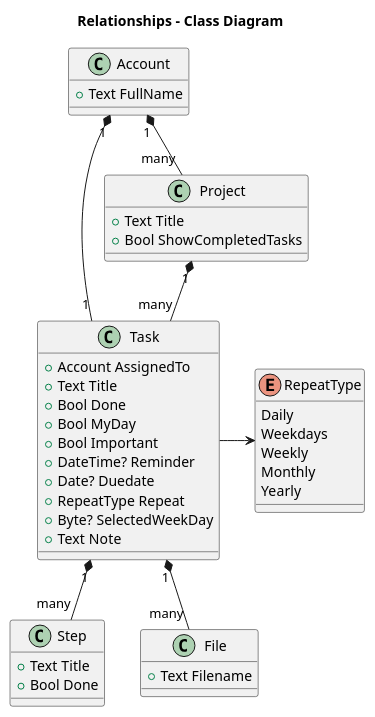
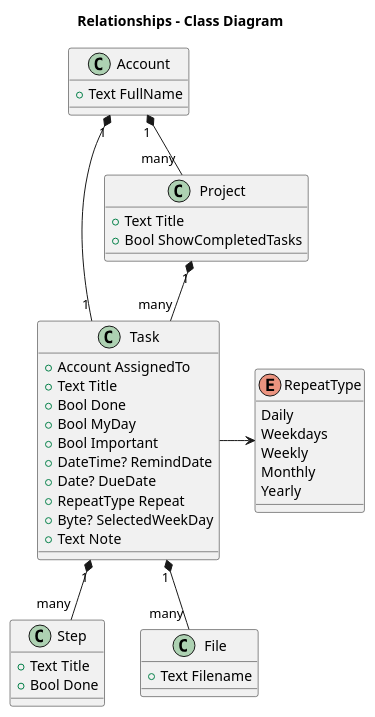
One commit to Task-Manager-Software/Documents changed the diagram in Model/Model.puml. Above: the diagram before and after it, drawn with PlantUML.

Commit message:
fix date fields name

```diff
--- a/Model/Model.puml
+++ b/Model/Model.puml
@@ -1,50 +1,50 @@
 @startuml
 title Relationships - Class Diagram
 
 class Account {
     +Text FullName    
 }
 
 class Project {
     +Text Title
     +Bool ShowCompletedTasks
 }
 
 class Task {
     +Account AssignedTo
     +Text Title
     +Bool Done
     +Bool MyDay
     +Bool Important
-    +DateTime? Reminder
-    +Date? Duedate
+    +DateTime? RemindDate
+    +Date? DueDate
     +RepeatType Repeat
     +Byte? SelectedWeekDay
     +Text Note
 }
 
 class Step {
     +Text Title
     +Bool Done
 }
 
 class File {
     +Text Filename
 }
 
 enum RepeatType{
     Daily
     Weekdays
     Weekly
     Monthly
     Yearly
 }
 
 Account "1" *-down- "many" Project
 Project "1" *-down- "many" Task
 Account "1" *-down- "1" Task
 Task "1" *-down- "many" File
 Task "1" *-down- "many" Step
 Task -> RepeatType
 
 @enduml
```
